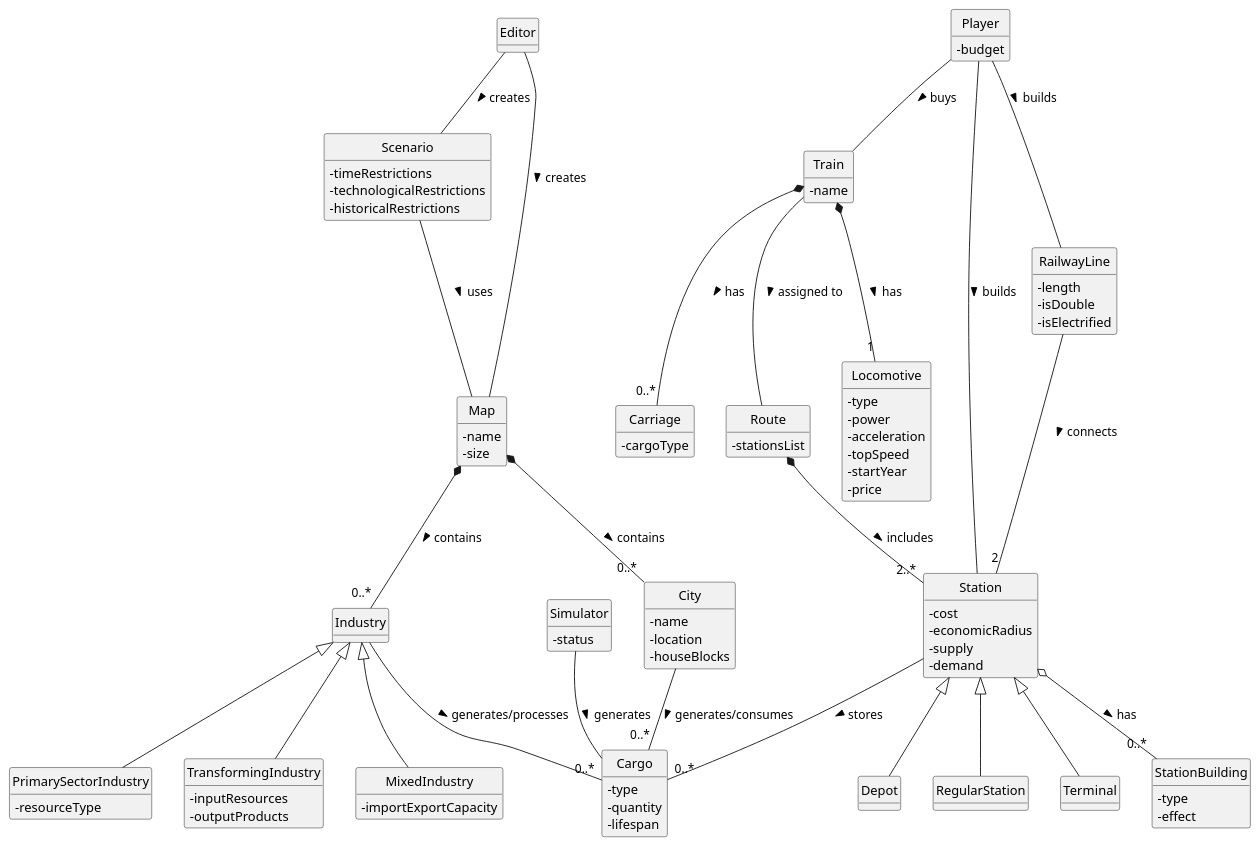
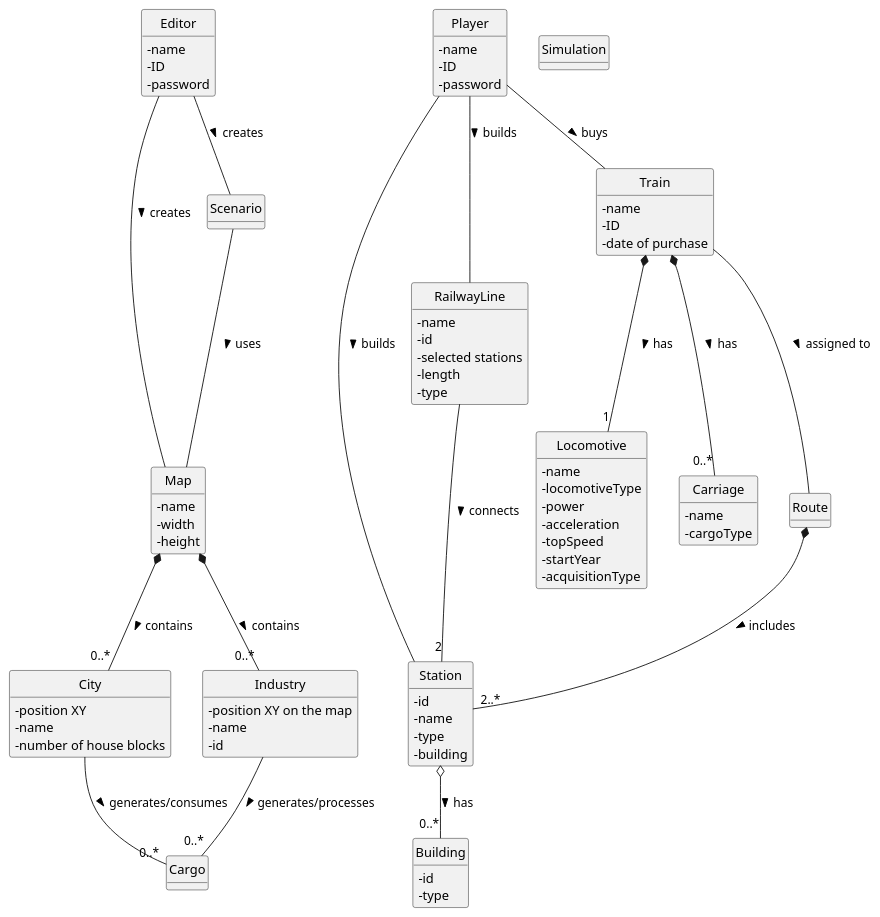
Before and after one commit to ivasduarte/all-aboard: the diagram in docs/sprint1/global-artifacts/02.analysis/puml/project-domain-model.puml, drawn with PlantUML.

Commit message:
(docs): update on project domain model (needs to be seriously reviewed)

```diff
--- a/docs/sprint1/global-artifacts/02.analysis/puml/project-domain-model.puml
+++ b/docs/sprint1/global-artifacts/02.analysis/puml/project-domain-model.puml
@@ -1,148 +1,119 @@
 @startuml "domain-model"
 
 skinparam classAttributeIconSize 0
 skinparam monochrome true
 skinparam packageStyle rectangle
 skinparam shadowing false
 
 hide circle
 hide methods
 
-' Users
-class Editor {
+class Editor{
+- name
+    - ID
+    - password
 }
 
-class Player {
-  -budget
+class Player{
+- name
+    - ID
+    - password
 }
 
-' Maps and Scenarios
-class Map {
-  -name
-  -size
+class Simulation{
 }
 
-class Scenario {
-  -timeRestrictions
-  -technologicalRestrictions
-  -historicalRestrictions
+class Map{
+- name
+- width
+- height
 }
 
-' Static elements on map
-class City {
-  -name
-  -location
-  -houseBlocks
+class City{
+- position XY
+    - name
+    - number of house blocks
 }
 
-class Industry {
+class Industry{
+ - position XY on the map
+    - name
+    - id
 }
 
-class PrimarySectorIndustry {
-  -resourceType
+class Scenario{
 }
 
-class TransformingIndustry {
-  -inputResources
-  -outputProducts
+class Station{
+    - id
+        - name
+        - type
+        - building
 }
 
-class MixedIndustry {
-  -importExportCapacity
+class Building{
+    - id
+    - type
 }
 
-' Railway Network Components
-class Station {
-  -cost
-  -economicRadius
-  -supply
-  -demand
+class Cargo{
 }
 
-class Depot {
+class RailwayLine{
+- name
+    - id
+    - selected stations
+    - length
+    - type
 }
 
-class RegularStation {
+
+class Train{
+- name
+    - ID
+    - date of purchase
 }
 
-class Terminal {
+class Locomotive{
+- name
+    - locomotiveType
+    - power
+    - acceleration
+    - topSpeed
+    - startYear
+    - acquisitionType
 }
 
-class StationBuilding {
-  -type
-  -effect
+class Carriage{
+- name
+    - cargoType
 }
 
-class RailwayLine {
-  -length
-  -isDouble
-  -isElectrified
-}
 
-' Trains and Components
-class Train {
-  -name
-}
-
-class Locomotive {
-  -type
-  -power
-  -acceleration
-  -topSpeed
-  -startYear
-  -price
-}
-
-class Carriage {
-  -cargoType
-}
-
-class Route {
-  -stationsList
-}
-
-class Cargo {
-  -type
-  -quantity
-  -lifespan
-}
-
-' Simulator
-class Simulator {
-  -status
-}
-
-' Relationships
 Editor -- Map : creates >
 Editor -- Scenario : creates >
 Map *-- "0..*" City : contains >
 Map *-- "0..*" Industry : contains >
 Scenario -- Map : uses >
 
-Industry <|-- PrimarySectorIndustry
-Industry <|-- TransformingIndustry
-Industry <|-- MixedIndustry
+Station o-- "0..*" Building : has >
 
-Station <|-- Depot
-Station <|-- RegularStation
-Station <|-- Terminal
-Station o-- "0..*" StationBuilding : has >
-Station -- "0..*" Cargo : stores >
 
 RailwayLine -- "2" Station : connects >
 
 Player -- Station : builds >
 Player -- RailwayLine : builds >
 Player -- Train : buys >
 
 Train *-- "1" Locomotive : has >
 Train *-- "0..*" Carriage : has >
 Train -- Route : assigned to >
+'should this be included? the route?
 Route *-- "2..*" Station : includes >
 
 City -- "0..*" Cargo : generates/consumes >
 Industry -- "0..*" Cargo : generates/processes >
 
-Simulator -- Cargo : generates >
+
 
 @enduml
```
